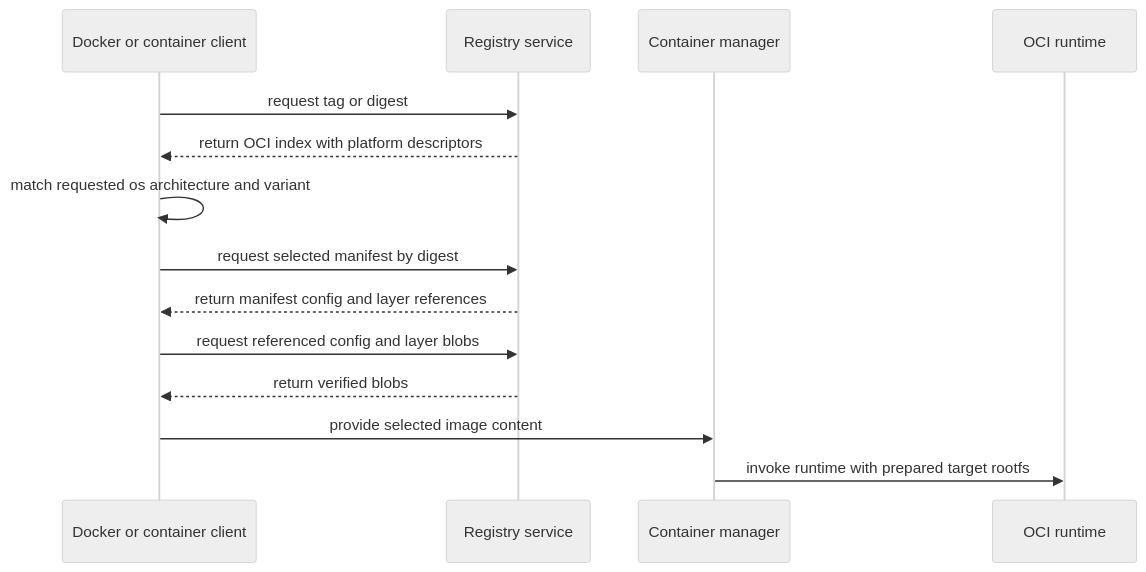
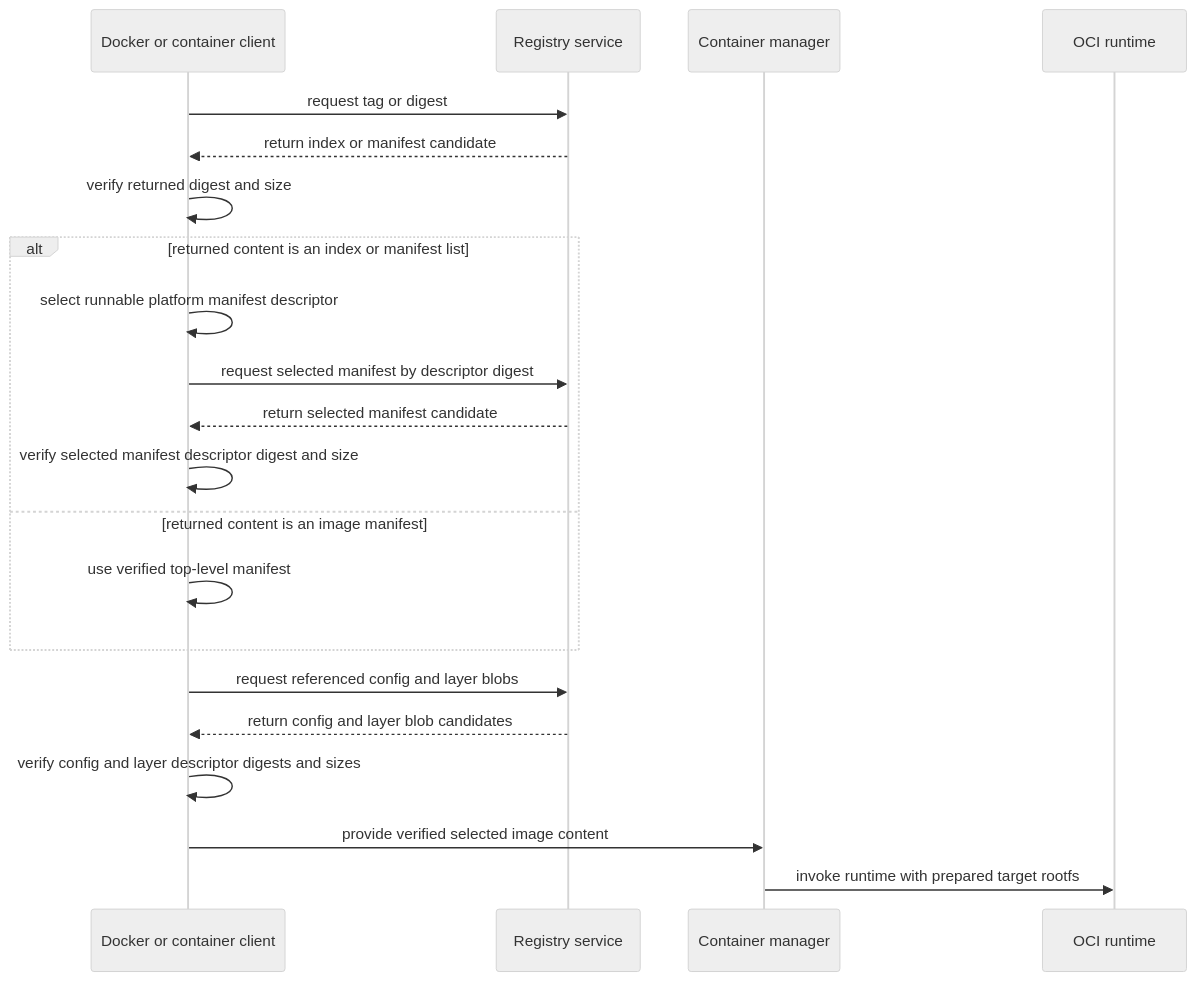
Before and after one commit to liufashi-Mr/cloud-native-docs: the diagram in docs/docker-oci/build/multi-platform-builds.md, drawn with Mermaid (neutral theme). The commit also changed other lines of this file and 3 other files, not shown here.

````diff
--- a/docs/docker-oci/build/multi-platform-builds.md
+++ b/docs/docker-oci/build/multi-platform-builds.md
@@ -53,16 +57,23 @@
 ```mermaid
 sequenceDiagram
   participant CLI as Docker or container client
   participant REG as Registry service
   participant CM as Container manager
   participant RT as OCI runtime
   CLI->>REG: request tag or digest
-  REG-->>CLI: return OCI index with platform descriptors
-  CLI->>CLI: match requested os architecture and variant
-  CLI->>REG: request selected manifest by digest
-  REG-->>CLI: return manifest config and layer references
+  REG-->>CLI: return index or manifest candidate
+  CLI->>CLI: verify returned digest and size
+  alt returned content is an index or manifest list
+    CLI->>CLI: select runnable platform manifest descriptor
+    CLI->>REG: request selected manifest by descriptor digest
+    REG-->>CLI: return selected manifest candidate
+    CLI->>CLI: verify selected manifest descriptor digest and size
+  else returned content is an image manifest
+    CLI->>CLI: use verified top-level manifest
+  end
   CLI->>REG: request referenced config and layer blobs
-  REG-->>CLI: return verified blobs
-  CLI->>CM: provide selected image content
+  REG-->>CLI: return config and layer blob candidates
+  CLI->>CLI: verify config and layer descriptor digests and sizes
+  CLI->>CM: provide verified selected image content
   CM->>RT: invoke runtime with prepared target rootfs
 ```
````
